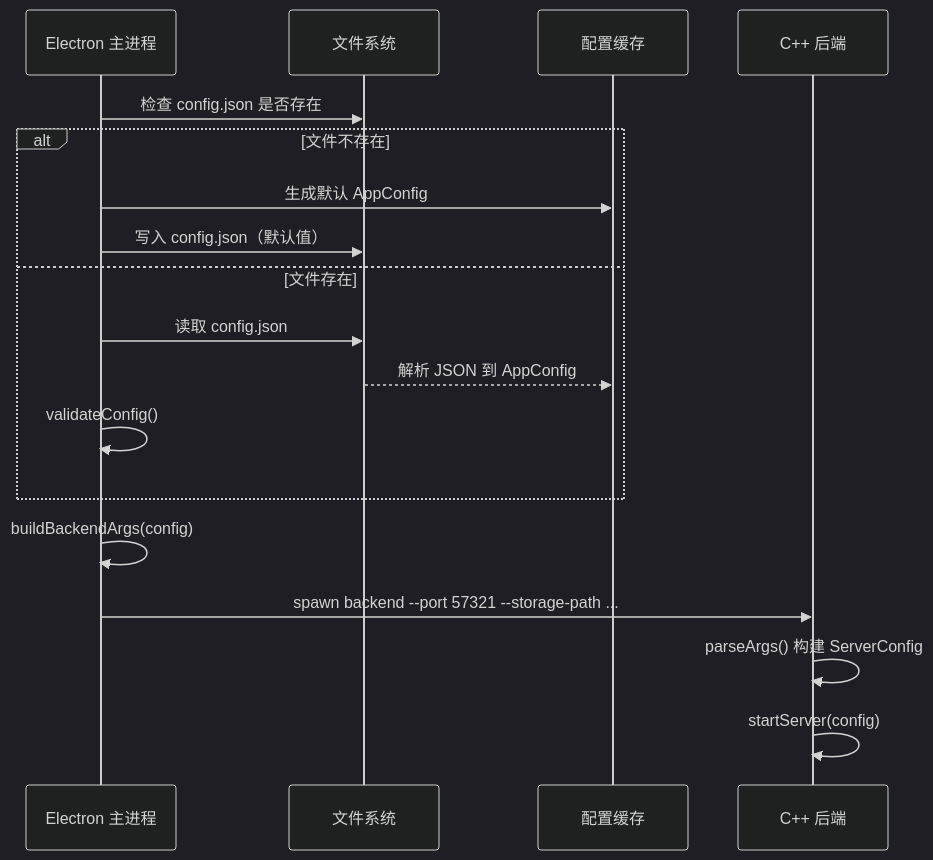
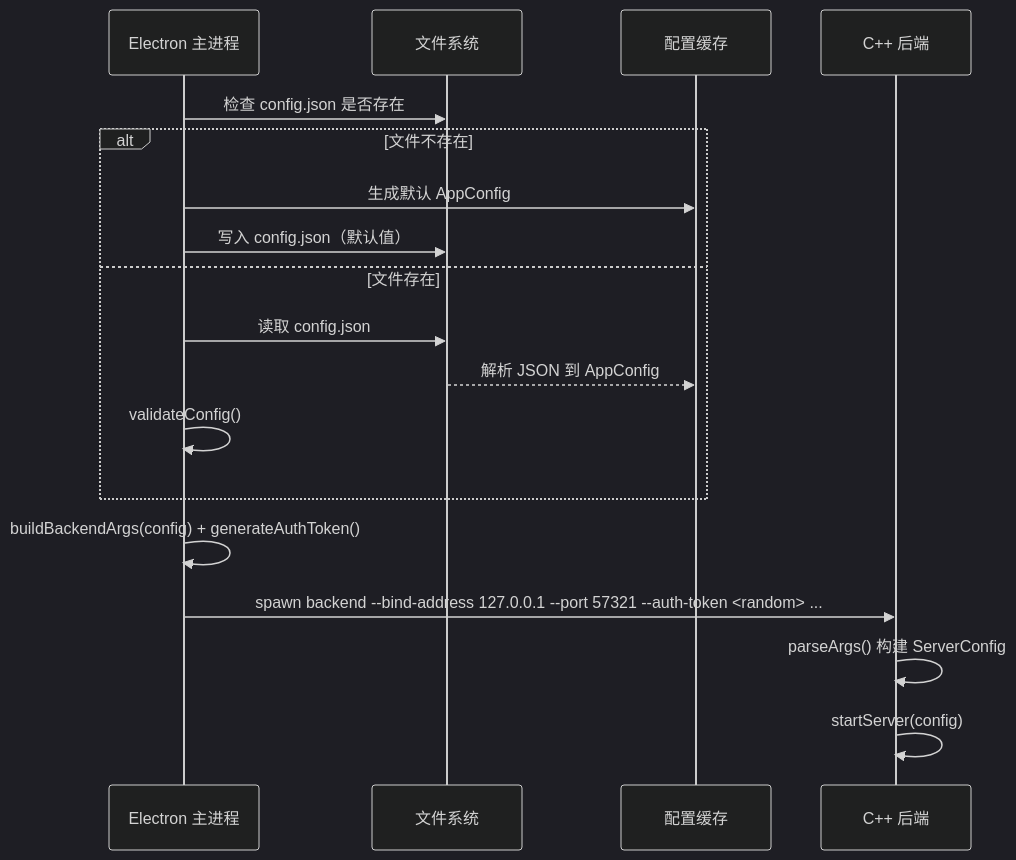
One commit to MintITes/QuickMemes changed the second of 3 diagrams in docs/arch/config.md. Above: the diagram before and after it, drawn with Mermaid (dark theme). The commit also changed other lines of this file and 8 other files, not shown here.

````diff
--- a/docs/arch/config.md
+++ b/docs/arch/config.md
@@ -316,21 +324,21 @@
 ```mermaid
 sequenceDiagram
     participant Electron as Electron 主进程
     participant FS as 文件系统
     participant Config as 配置缓存
     participant CPP as C++ 后端
 
     Electron->>FS: 检查 config.json 是否存在
     alt 文件不存在
         Electron->>Config: 生成默认 AppConfig
         Electron->>FS: 写入 config.json（默认值）
     else 文件存在
         Electron->>FS: 读取 config.json
         FS-->>Config: 解析 JSON 到 AppConfig
         Electron->>Electron: validateConfig()
     end
-    Electron->>Electron: buildBackendArgs(config)
-    Electron->>CPP: spawn backend --port 57321 --storage-path ... 
+    Electron->>Electron: buildBackendArgs(config) + generateAuthToken()
+    Electron->>CPP: spawn backend --bind-address 127.0.0.1 --port 57321 --auth-token <random> ...
     CPP->>CPP: parseArgs() 构建 ServerConfig
     CPP->>CPP: startServer(config)
 ```
````
